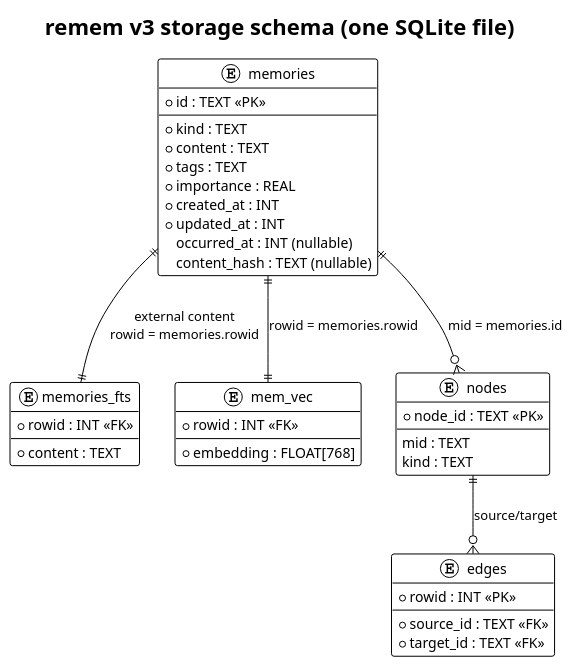
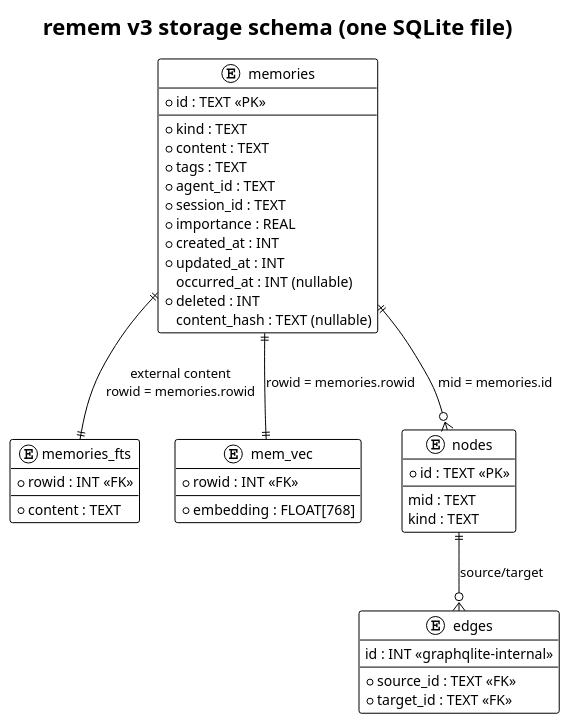
The diagram in docs/diagrams/schema-er.puml (Gintoki571/ReMem), drawn with PlantUML before and after one commit. The commit also changed 7 other files, not shown here.

Commit message:
fix(v3): diagram accuracy pass

```diff
--- a/docs/diagrams/schema-er.puml
+++ b/docs/diagrams/schema-er.puml
@@ -1,48 +1,51 @@
 @startuml
 !theme plain
 title remem v3 storage schema (one SQLite file)
 
 entity "memories" as mem {
   * id : TEXT <<PK>>
   --
   * kind : TEXT
   * content : TEXT
   * tags : TEXT
+  * agent_id : TEXT
+  * session_id : TEXT
   * importance : REAL
   * created_at : INT
   * updated_at : INT
   occurred_at : INT (nullable)
+  * deleted : INT
   content_hash : TEXT (nullable)
 }
 
 entity "memories_fts" as fts {
   * rowid : INT <<FK>>
   --
   * content : TEXT
 }
 
 entity "mem_vec" as vec {
   * rowid : INT <<FK>>
   --
   * embedding : FLOAT[768]
 }
 
 entity "nodes" as nodes {
-  * node_id : TEXT <<PK>>
+  * id : TEXT <<PK>>
   --
   mid : TEXT
   kind : TEXT
 }
 
 entity "edges" as edges {
-  * rowid : INT <<PK>>
+  id : INT <<graphqlite-internal>>
   --
   * source_id : TEXT <<FK>>
   * target_id : TEXT <<FK>>
 }
 
 mem ||--|| fts : "external content\nrowid = memories.rowid"
 mem ||--|| vec : "rowid = memories.rowid"
 mem ||--o{ nodes : "mid = memories.id"
 nodes ||--o{ edges : "source/target"
 @enduml
```
